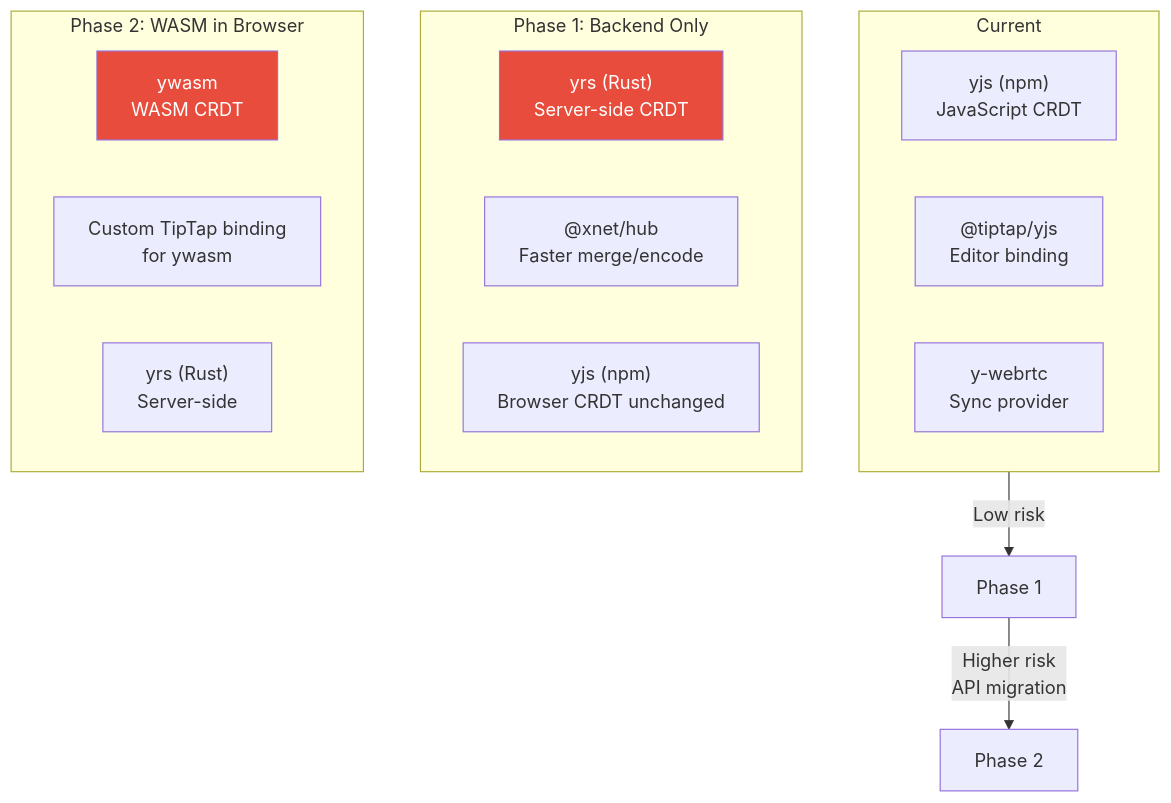
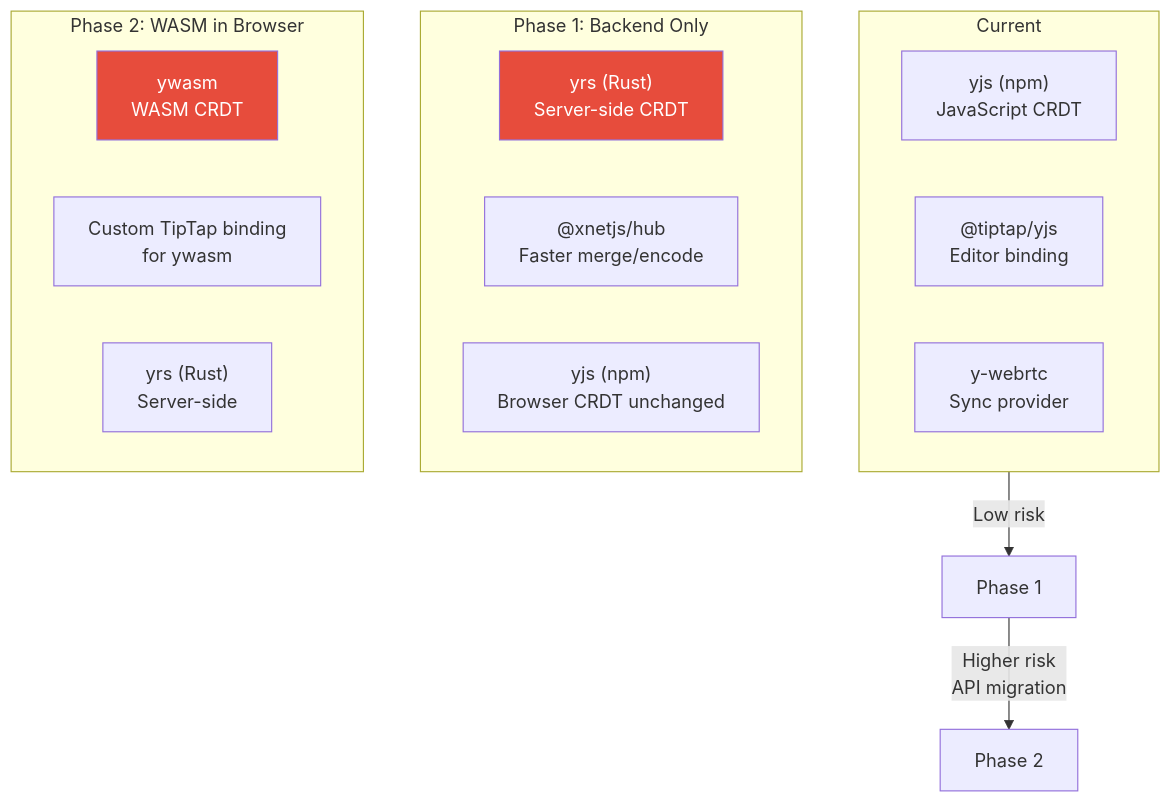
The ninth of 13 diagrams in docs/explorations/0086_[_]_NATIVE_REWRITE_ZIG_RUST.md (crs48/xNet), drawn with Mermaid before and after one commit. The commit also changed other lines of this file and 980 other files, not shown here.

````diff
--- a/docs/explorations/0086_[_]_NATIVE_REWRITE_ZIG_RUST.md
+++ b/docs/explorations/0086_[_]_NATIVE_REWRITE_ZIG_RUST.md
@@ -432,26 +432,26 @@
 ```mermaid
 flowchart TD
     subgraph "Current"
         YJS["yjs (npm)\nJavaScript CRDT"]
         TP["@tiptap/yjs\nEditor binding"]
         YWR["y-webrtc\nSync provider"]
     end
 
     subgraph "Phase 1: Backend Only"
         YRS1["yrs (Rust)\nServer-side CRDT"]
-        HUB1["@xnet/hub\nFaster merge/encode"]
+        HUB1["@xnetjs/hub\nFaster merge/encode"]
         YJS1["yjs (npm)\nBrowser CRDT unchanged"]
     end
 
     subgraph "Phase 2: WASM in Browser"
         YWASM["ywasm\nWASM CRDT"]
         TP2["Custom TipTap binding\nfor ywasm"]
         YRS2["yrs (Rust)\nServer-side"]
     end
 
     Current --> |"Low risk"| Phase1[Phase 1]
     Phase1 --> |"Higher risk\nAPI migration"| Phase2[Phase 2]
 
     style YRS1 fill:#e74c3c,color:#fff
     style YWASM fill:#e74c3c,color:#fff
 ```
````
